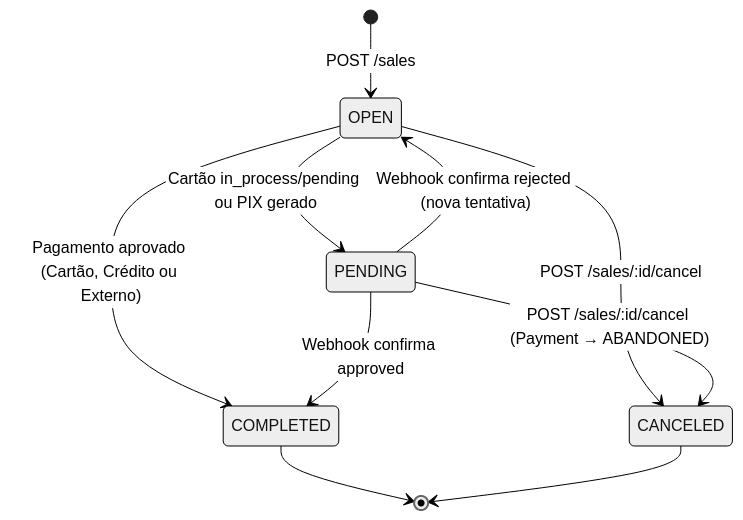
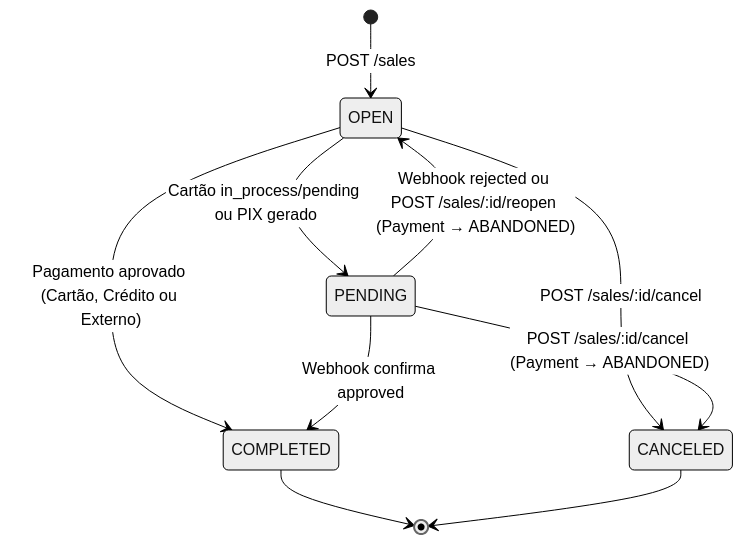
The second of 2 diagrams in docs/architecture.md (JhonPaulMR/bleep-checkout), drawn with Mermaid (neutral theme) before and after one commit. The commit also changed other lines of this file and 33 other files, not shown here.

````diff
--- a/docs/architecture.md
+++ b/docs/architecture.md
@@ -284,12 +284,12 @@
 ```mermaid
 stateDiagram-v2
   [*] --> OPEN: POST /sales
   OPEN --> COMPLETED: Pagamento aprovado (Cartão, Crédito ou Externo)
   OPEN --> PENDING: Cartão in_process/pending ou PIX gerado
   OPEN --> CANCELED: POST /sales/:id/cancel
   PENDING --> COMPLETED: Webhook confirma approved
-  PENDING --> OPEN: Webhook confirma rejected (nova tentativa)
+  PENDING --> OPEN: Webhook rejected ou POST /sales/:id/reopen (Payment → ABANDONED)
   PENDING --> CANCELED: POST /sales/:id/cancel (Payment → ABANDONED)
   COMPLETED --> [*]
   CANCELED --> [*]
 ```
````
